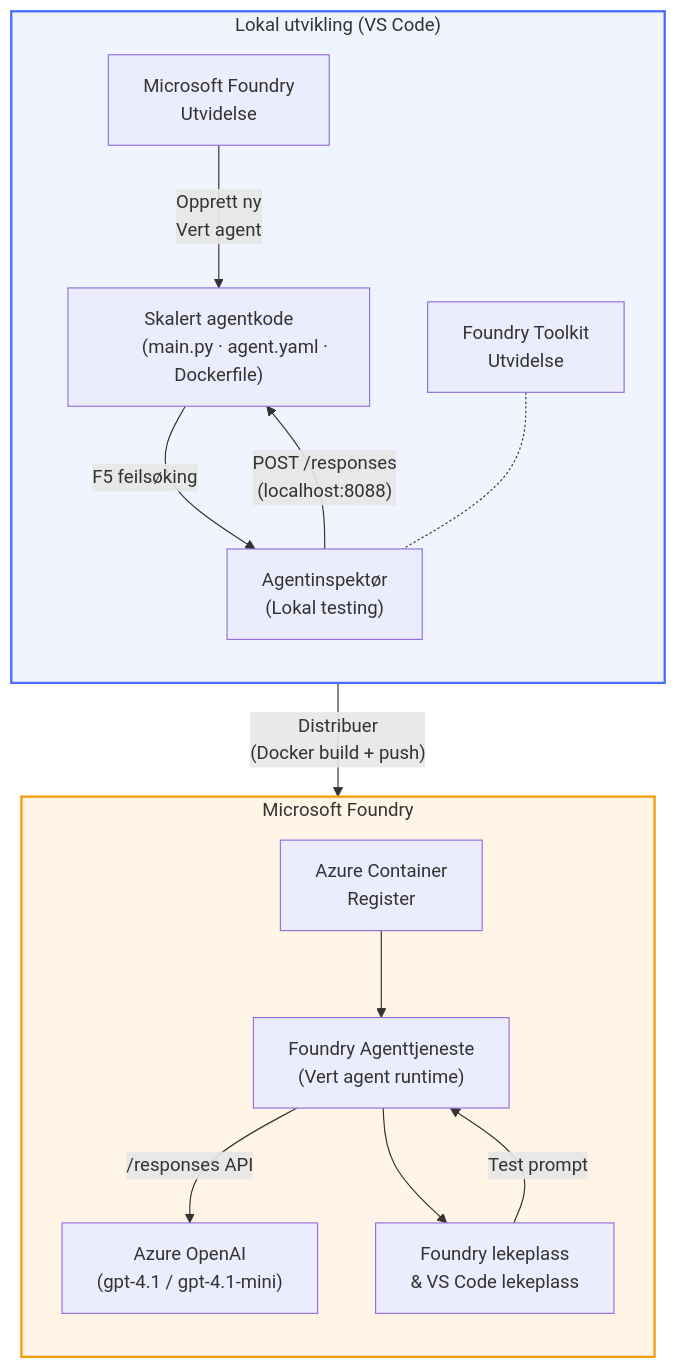
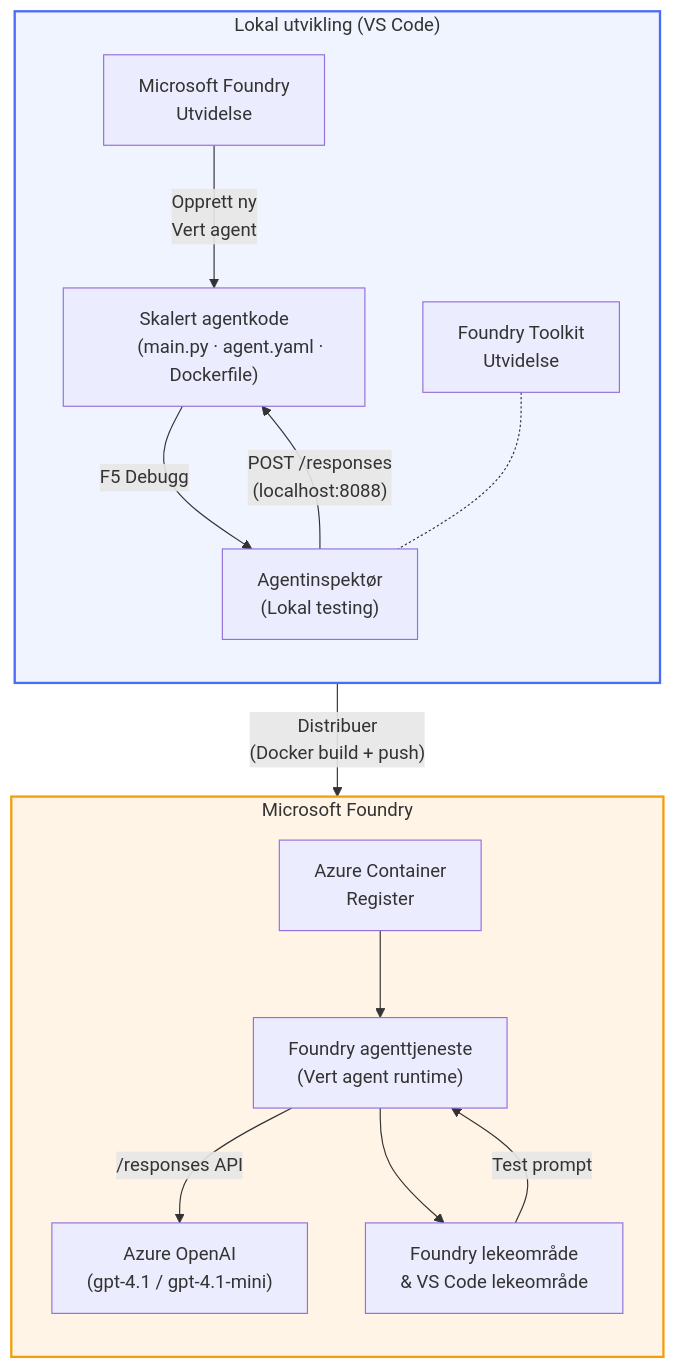
One commit to microsoft-foundry/Foundry_Toolkit_for_VSCode_Lab changed the diagram in translations/no/README.md. Above: the diagram before and after it, drawn with Mermaid. The commit also changed other lines of this file and 110 other files, not shown here.

````diff
--- a/translations/no/README.md
+++ b/translations/no/README.md
@@ -48,42 +52,42 @@
 ```mermaid
 flowchart TB
     subgraph Local["Lokal utvikling (VS Code)"]
         direction TB
         FE["Microsoft Foundry
         Utvidelse"]
         FoundryToolkit["Foundry Toolkit
         Utvidelse"]
         Scaffold["Skalert agentkode
         (main.py · agent.yaml · Dockerfile)"]
         Inspector["Agentinspektør
         (Lokal testing)"]
         FE -- "Opprett ny
         Vert agent" --> Scaffold
-        Scaffold -- "F5 feilsøking" --> Inspector
+        Scaffold -- "F5 Debugg" --> Inspector
         FoundryToolkit -.- Inspector
     end
 
     subgraph Cloud["Microsoft Foundry"]
         direction TB
         ACR["Azure Container
         Register"]
-        AgentService["Foundry Agenttjeneste
+        AgentService["Foundry agenttjeneste
         (Vert agent runtime)"]
         Model["Azure OpenAI
         (gpt-4.1 / gpt-4.1-mini)"]
-        Playground["Foundry lekeplass
-        & VS Code lekeplass"]
+        Playground["Foundry lekeområde
+        & VS Code lekeområde"]
         ACR --> AgentService
         AgentService -- "/responses API" --> Model
         AgentService --> Playground
     end
 
     Scaffold -- "Distribuer
     (Docker build + push)" --> ACR
     Inspector -- "POST /responses
     (localhost:8088)" --> Scaffold
     Playground -- "Test prompt" --> AgentService
 
     style Local fill:#f0f4ff,stroke:#4a6cf7,stroke-width:2px
     style Cloud fill:#fff4e6,stroke:#f59e0b,stroke-width:2px
 ```
````
